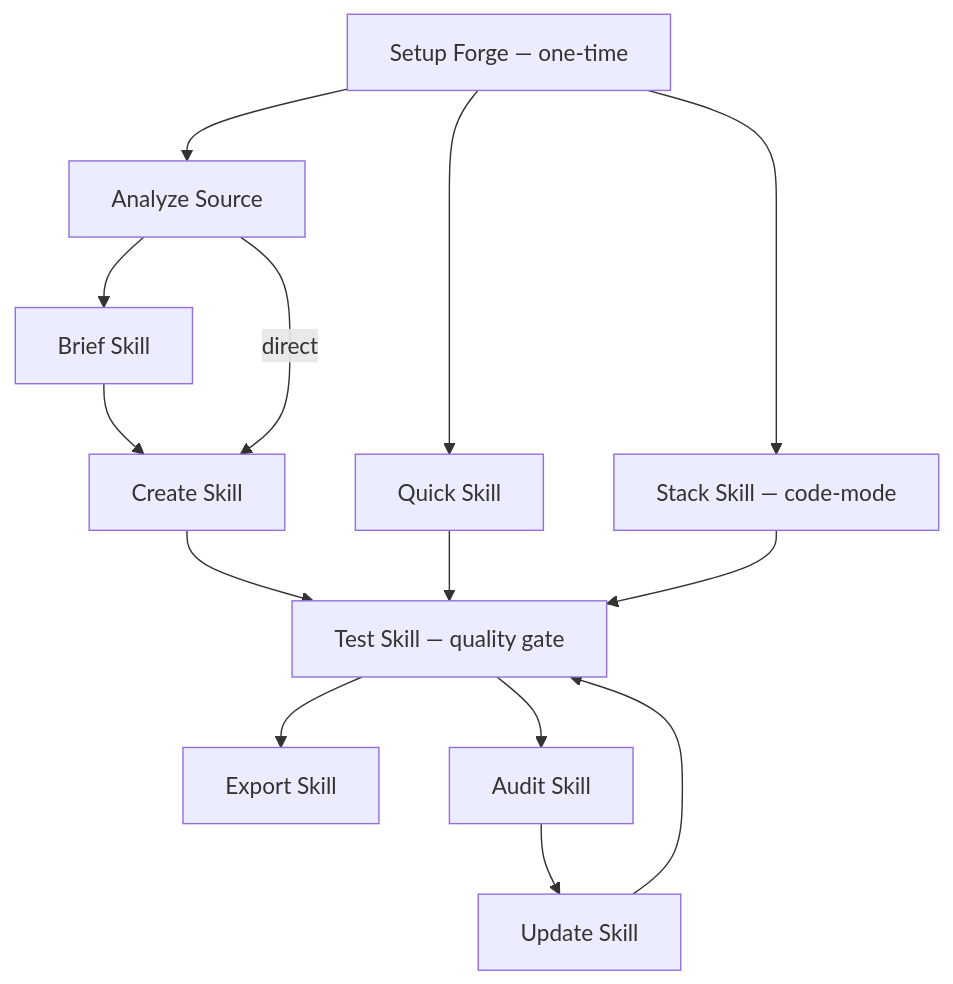
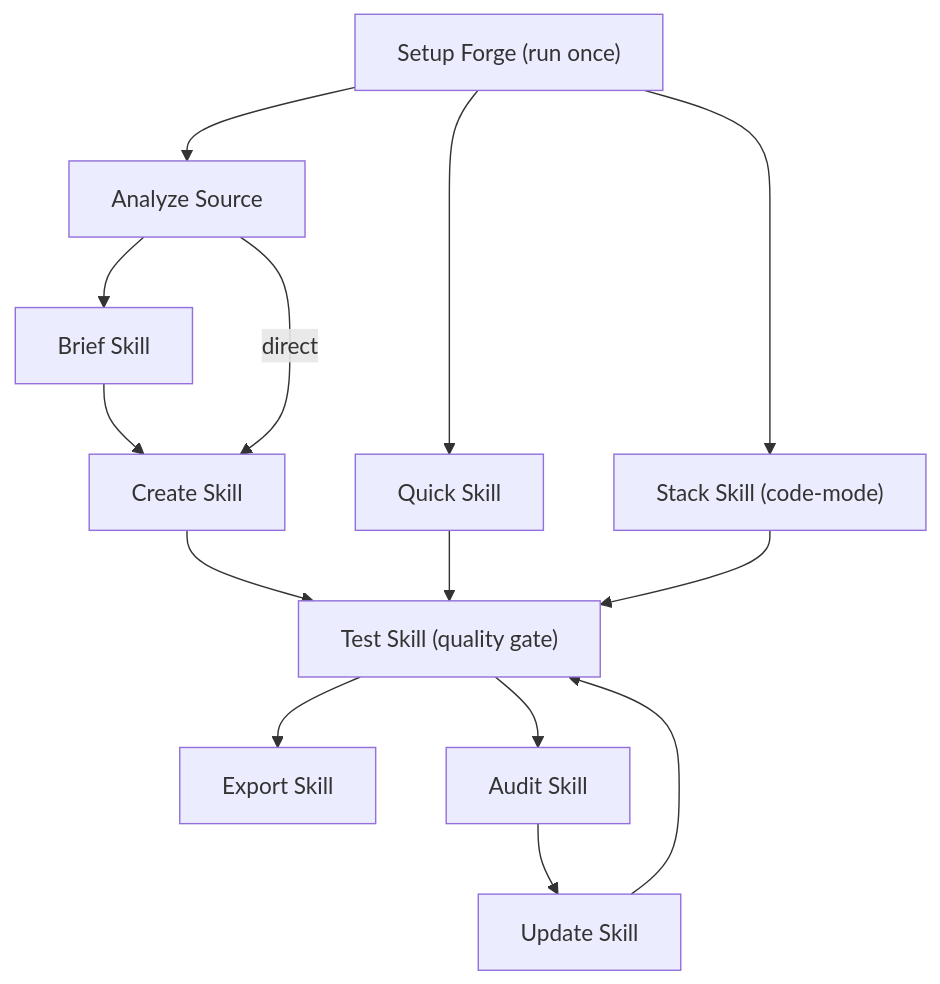
The first of 3 diagrams in _skf-learn/workflows.md (rxm7706/local-recipes), drawn with Mermaid before and after one commit. The commit also changed other lines of this file and 706 other files, not shown here.

````diff
--- a/_skf-learn/workflows.md
+++ b/_skf-learn/workflows.md
@@ -273,19 +383,19 @@
 ```mermaid
 flowchart TD
-    SF[Setup Forge — one-time] --> AN[Analyze Source]
+    SF["Setup Forge (run once)"] --> AN[Analyze Source]
     SF --> QS[Quick Skill]
-    SF --> SS_code[Stack Skill — code-mode]
+    SF --> SS_code["Stack Skill (code-mode)"]
 
     AN --> BS[Brief Skill]
     BS --> CS[Create Skill]
     AN -->|direct| CS
 
-    CS --> TS[Test Skill — quality gate]
+    CS --> TS["Test Skill (quality gate)"]
     QS --> TS
     SS_code --> TS
 
     TS --> EX[Export Skill]
     TS --> AS[Audit Skill]
     AS --> US[Update Skill]
     US --> TS
 ```
````
